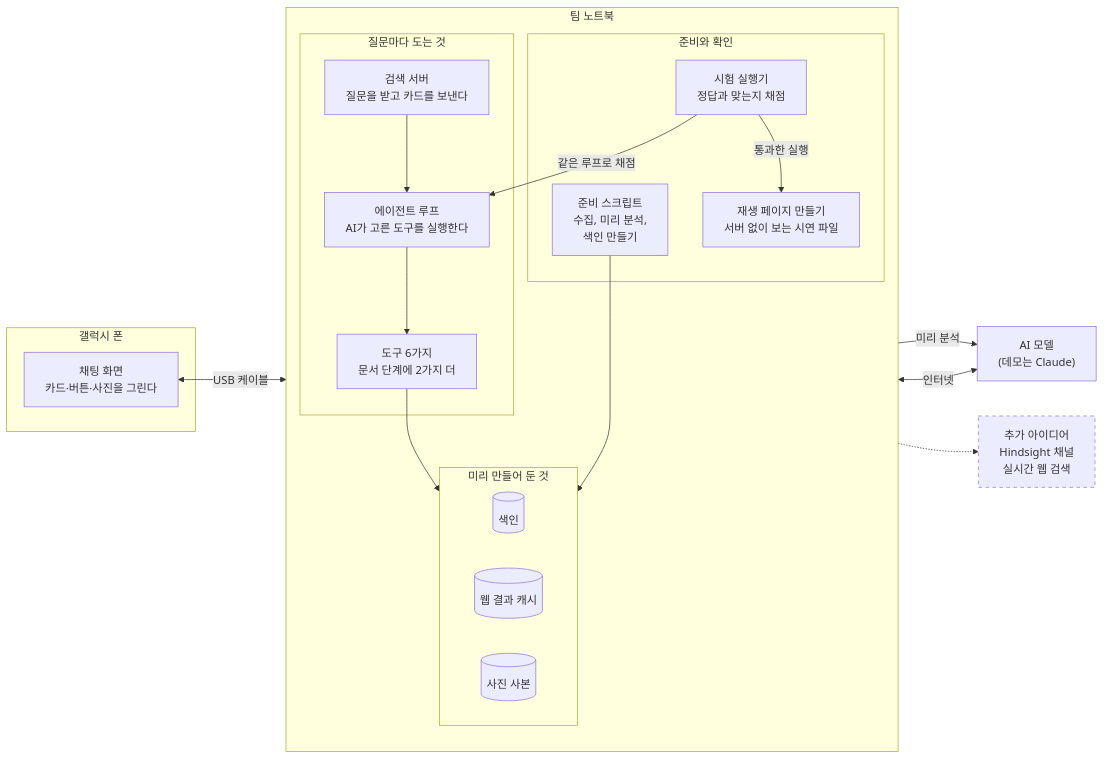
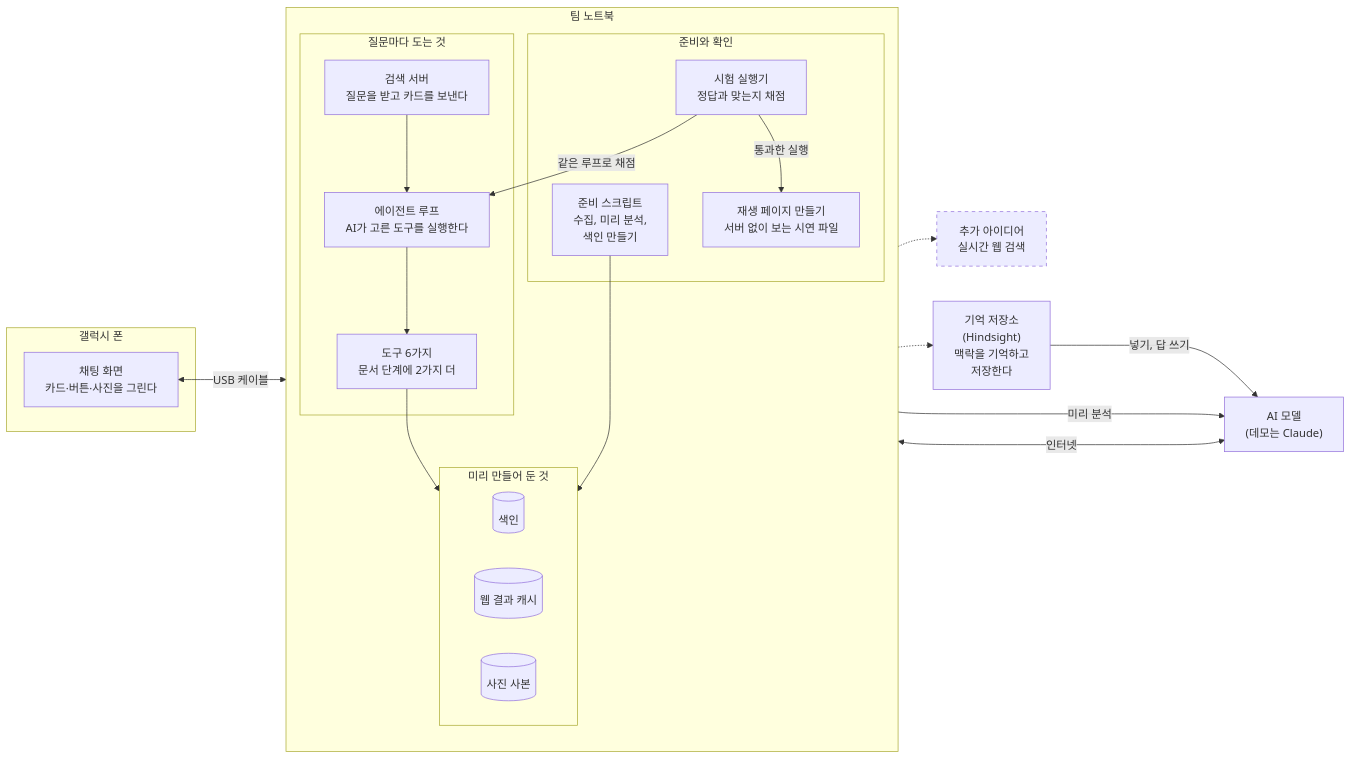
Before and after one commit to jaewonize/AI-Dictionary: the sixth of 11 diagrams in docs/ARCHITECTURE.md, drawn with Mermaid. The commit also changed other lines of this file, not shown here.

First line of the commit message:
docs: ARCHITECTURE.md 1부 맨 앞에 기억 계층 설명(그림 0)을 넣고 1부의 Hindsight 표현을 맞춤 (#16)

````diff
--- a/docs/ARCHITECTURE.md
+++ b/docs/ARCHITECTURE.md
@@ -163,37 +250,40 @@
 ```mermaid
 flowchart LR
     subgraph phone["갤럭시 폰"]
         ui["채팅 화면<br/>카드·버튼·사진을 그린다"]
     end
     subgraph laptop["팀 노트북"]
         direction TB
         subgraph live["질문마다 도는 것"]
             server["검색 서버<br/>질문을 받고 카드를 보낸다"]
             loop["에이전트 루프<br/>AI가 고른 도구를 실행한다"]
             tools["도구 6가지<br/>문서 단계에 2가지 더"]
         end
         subgraph made["미리 만들어 둔 것"]
             index[("색인")]
             cache[("웹 결과 캐시")]
             copies[("사진 사본")]
         end
         subgraph prep["준비와 확인"]
             pipe["준비 스크립트<br/>수집, 미리 분석,<br/>색인 만들기"]
             evalr["시험 실행기<br/>정답과 맞는지 채점"]
             replay["재생 페이지 만들기<br/>서버 없이 보는 시연 파일"]
         end
     end
     ai["AI 모델<br/>(데모는 Claude)"]
-    opt["추가 아이디어<br/>Hindsight 채널<br/>실시간 웹 검색"]
+    opt["추가 아이디어<br/>실시간 웹 검색"]
+    hs["기억 저장소<br/>(Hindsight)<br/>맥락을 기억하고<br/>저장한다"]
     ui <-->|"USB 케이블"| server
     server --> loop --> tools
     tools --> made
+    tools -.-> hs
+    hs --->|"넣기, 답 쓰기"| ai
     pipe --> made
     live <-->|"인터넷"| ai
     pipe -->|"미리 분석"| ai
     evalr -->|"같은 루프로 채점"| loop
     evalr -->|"통과한 실행"| replay
     tools -.-> opt
     classDef optional stroke-dasharray:5 5
     class opt optional
 ```
````
